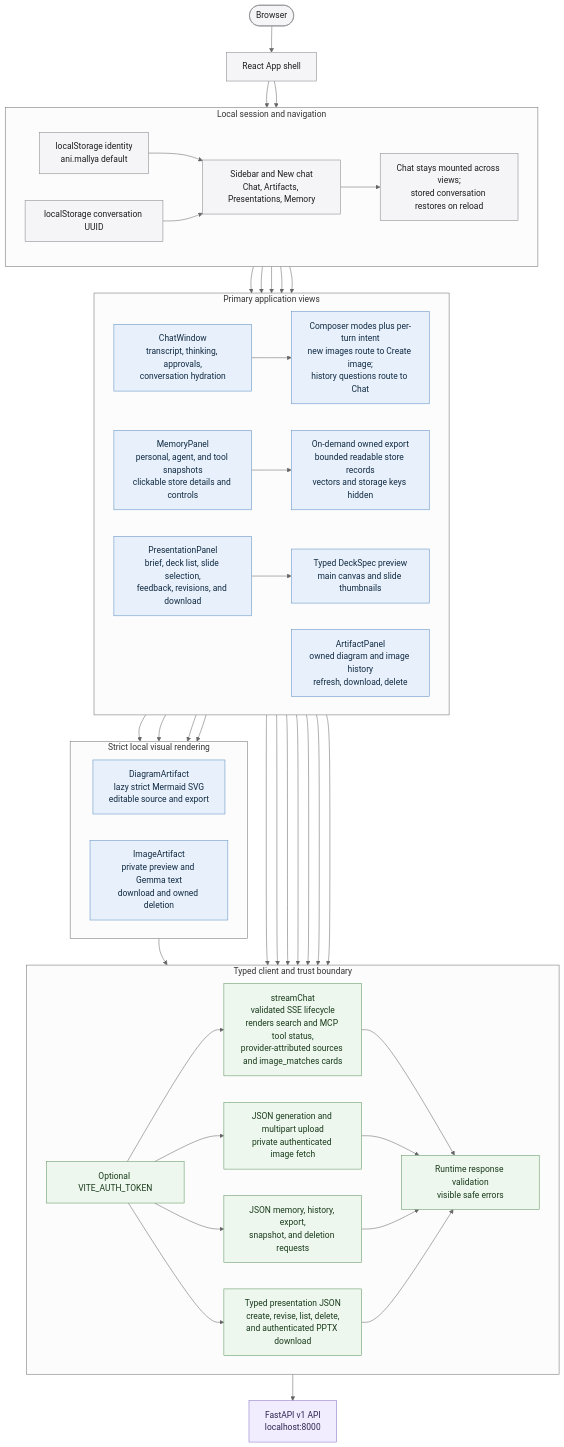
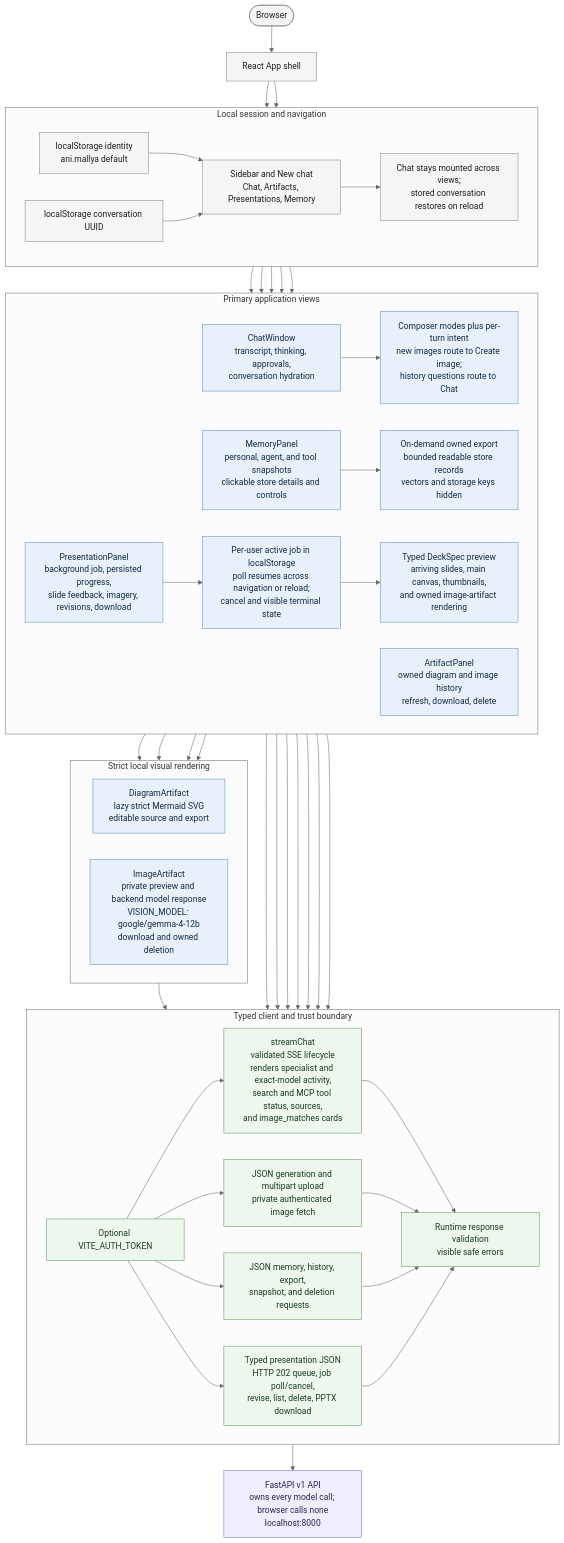
Before and after one commit to MallyaAni/PersonalAssistant: the diagram in docs/diagrams/frontend-subsystem.mmd, drawn with Mermaid (neutral theme). The commit also changed 69 other files, not shown here.

```diff
--- a/docs/diagrams/frontend-subsystem.mmd
+++ b/docs/diagrams/frontend-subsystem.mmd
@@ -1,88 +1,89 @@
 flowchart TB
     Browser([Browser]) --> App[React App shell]
 
     subgraph Session[Local session and navigation]
         direction LR
         Identity[localStorage identity<br/>ani.mallya default]
         ConversationID[localStorage conversation UUID]
         Navigation[Sidebar and New chat<br/>Chat, Artifacts, Presentations, Memory]
         Persistence[Chat stays mounted across views;<br/>stored conversation restores on reload]
 
         Identity --> Navigation
         ConversationID --> Navigation --> Persistence
     end
 
     App --> Identity
     App --> ConversationID
 
     subgraph Views[Primary application views]
         direction LR
         ChatView[ChatWindow<br/>transcript, thinking, approvals,<br/>conversation hydration]
         Composer[Composer modes plus per-turn intent<br/>new images route to Create image;<br/>history questions route to Chat]
         ArtifactView[ArtifactPanel<br/>owned diagram and image history<br/>refresh, download, delete]
         MemoryView[MemoryPanel<br/>personal, agent, and tool snapshots<br/>clickable store details and controls]
         MemoryDetails[On-demand owned export<br/>bounded readable store records<br/>vectors and storage keys hidden]
-        PresentationView[PresentationPanel<br/>brief, deck list, slide selection,<br/>feedback, revisions, and download]
-        DeckPreview[Typed DeckSpec preview<br/>main canvas and slide thumbnails]
+        PresentationView[PresentationPanel<br/>background job, persisted progress,<br/>slide feedback, imagery, revisions, download]
+        PresentationJob[Per-user active job in localStorage<br/>poll resumes across navigation or reload;<br/>cancel and visible terminal state]
+        DeckPreview[Typed DeckSpec preview<br/>arriving slides, main canvas, thumbnails,<br/>and owned image-artifact rendering]
 
         ChatView --> Composer
         MemoryView --> MemoryDetails
-        PresentationView --> DeckPreview
+        PresentationView --> PresentationJob --> DeckPreview
     end
 
     Navigation --> ChatView
     Navigation --> ArtifactView
     Navigation --> MemoryView
     Navigation --> PresentationView
     Persistence --> ChatView
 
     subgraph Visuals[Strict local visual rendering]
         direction LR
         DiagramCard[DiagramArtifact<br/>lazy strict Mermaid SVG<br/>editable source and export]
-        ImageCard[ImageArtifact<br/>private preview and Gemma text<br/>download and owned deletion]
+        ImageCard[ImageArtifact<br/>private preview and backend model response<br/>VISION_MODEL: google/gemma-4-12b<br/>download and owned deletion]
     end
 
     ChatView --> DiagramCard
     ChatView --> ImageCard
     ArtifactView --> DiagramCard
     ArtifactView --> ImageCard
 
     subgraph Client[Typed client and trust boundary]
         direction LR
-        ChatClient[streamChat<br/>validated SSE lifecycle<br/>renders search and MCP tool status,<br/>provider-attributed sources and image_matches cards]
+        ChatClient[streamChat<br/>validated SSE lifecycle<br/>renders specialist and exact-model activity,<br/>search and MCP tool status, sources,<br/>and image_matches cards]
         VisualClient[JSON generation and multipart upload<br/>private authenticated image fetch]
         DataClient[JSON memory, history, export,<br/>snapshot, and deletion requests]
-        PresentationClient[Typed presentation JSON<br/>create, revise, list, delete,<br/>and authenticated PPTX download]
+        PresentationClient[Typed presentation JSON<br/>HTTP 202 queue, job poll/cancel,<br/>revise, list, delete, PPTX download]
         Validation[Runtime response validation<br/>visible safe errors]
         Auth[Optional VITE_AUTH_TOKEN]
 
         ChatClient --> Validation
         VisualClient --> Validation
         DataClient --> Validation
         PresentationClient --> Validation
         Auth --> ChatClient
         Auth --> VisualClient
         Auth --> DataClient
         Auth --> PresentationClient
     end
 
     Composer --> ChatClient
     Composer --> VisualClient
     ImageCard --> VisualClient
     ChatView --> DataClient
     ArtifactView --> DataClient
     MemoryView --> DataClient
     MemoryDetails --> DataClient
     PresentationView --> PresentationClient
 
-    Backend[FastAPI v1 API<br/>localhost:8000]
+    Backend[FastAPI v1 API<br/>owns every model call; browser calls none<br/>localhost:8000]
     Validation --> Backend
 
     classDef shell fill:#f5f5f7,stroke:#86868b,color:#1d1d1f;
     classDef component fill:#e8f1fb,stroke:#5e8fc4,color:#102a43;
     classDef boundary fill:#eef7ee,stroke:#5f9562,color:#183b1b;
     classDef external fill:#f1edff,stroke:#8872c6,color:#2e2450;
     class Browser,App,Identity,ConversationID,Navigation,Persistence shell;
-    class ChatView,Composer,ArtifactView,MemoryView,MemoryDetails,PresentationView,DeckPreview,DiagramCard,ImageCard component;
+    class ChatView,Composer,ArtifactView,MemoryView,MemoryDetails,PresentationView,PresentationJob,DeckPreview,DiagramCard,ImageCard component;
     class ChatClient,VisualClient,DataClient,PresentationClient,Validation,Auth boundary;
     class Backend external;
```
